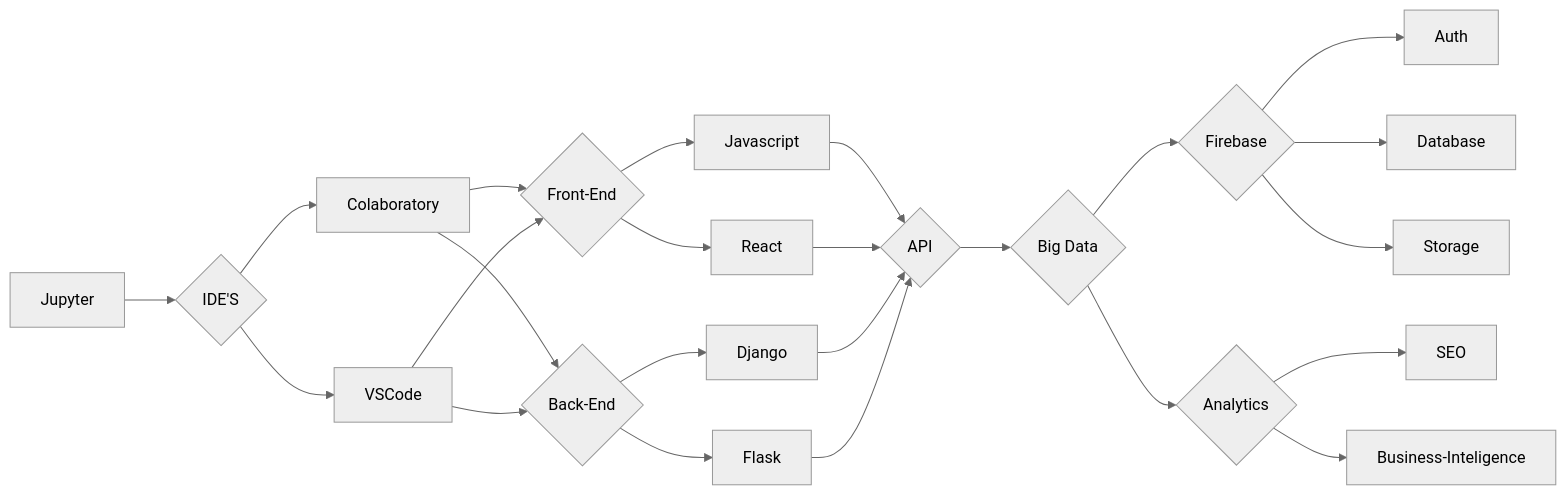
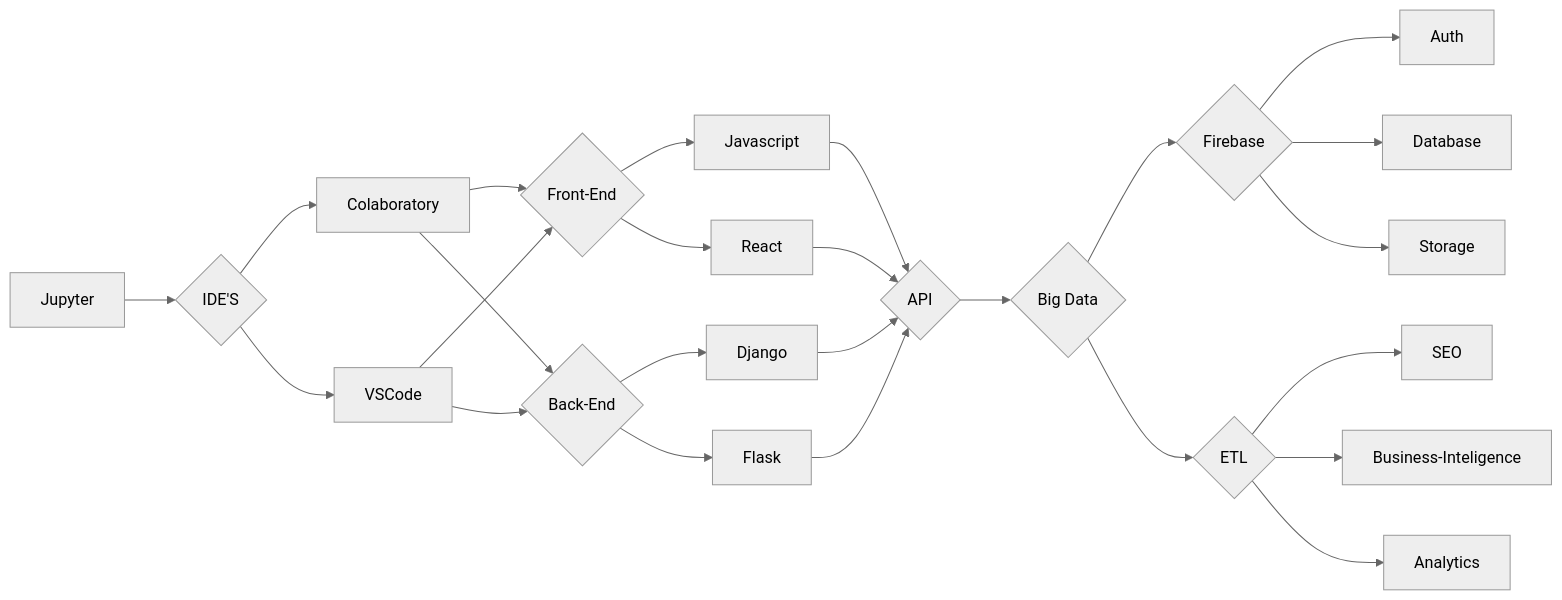
The first of 2 diagrams in README.md (SauloCandeira/SauloCandeira), drawn with Mermaid (neutral theme) before and after one commit.

````diff
--- a/README.md
+++ b/README.md
@@ -61,35 +61,36 @@
 ```mermaid
 flowchart LR
 
 M[Jupyter] --> Z{IDE'S} 
 
 Z{IDE'S} --> K[Colaboratory]
 Z  --> L
 
 K[Colaboratory] --> A{Front-End} 
 K --> B{Back-End}
 L[VSCode] --> A{Front-End} 
 L --> B{Back-End}
 
 A{Front-End} --> I[Javascript] --> O{API} 
 A{Front-End} --> J[React] --> O{API} 
 
 B{Back-End} --> G[Django] --> O{API} 
 B{Back-End} --> H[Flask] --> O{API} 
 
 
 
 O{API} --> N{Big Data}
 
 
 N{Big Data} --> C{Firebase}
-N --> P{Analytics}
+N --> P{ETL}
 
 P --> Q[SEO]
 P --> R[Business-Inteligence]
+P --> S[Analytics]
 
 
 C --> D[Auth]
 C --> E[Database]
 C --> F[Storage]
 ```
````
